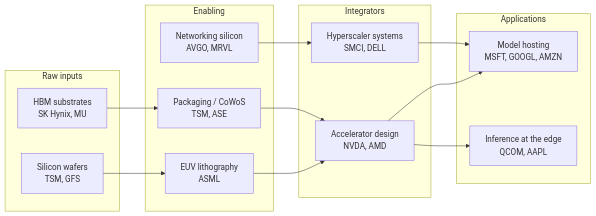
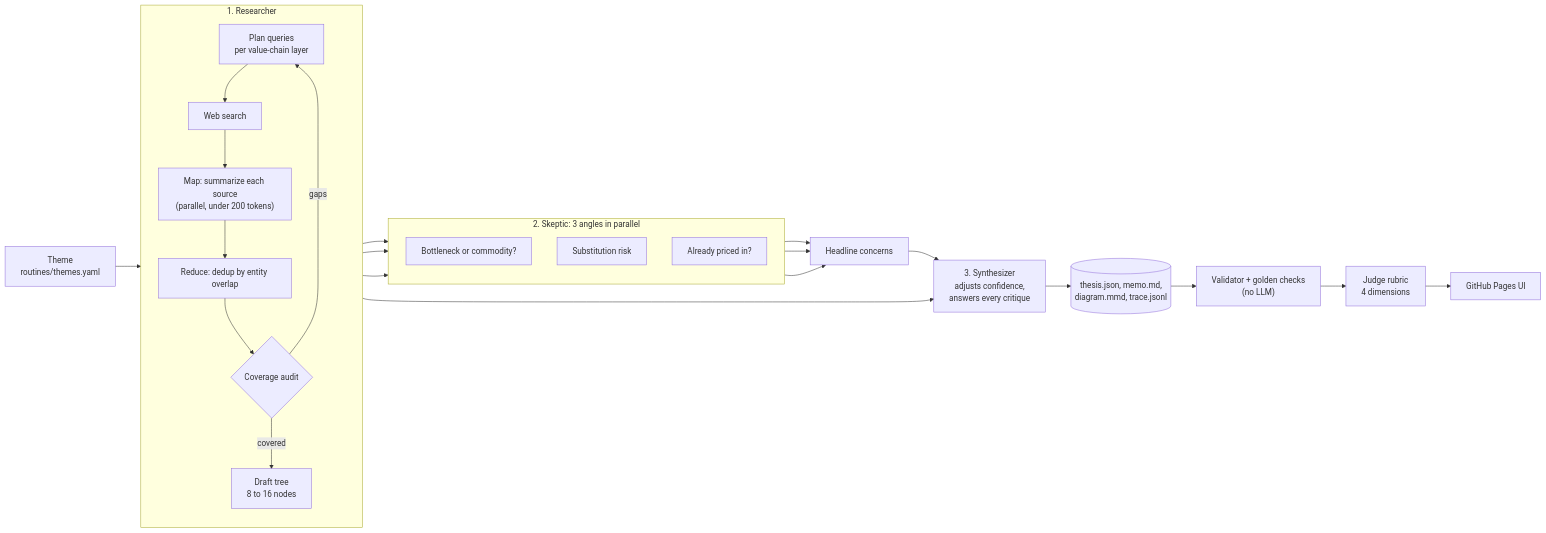
Before and after one commit to ankittalwar07/thesis-builder: the first of 2 diagrams in README.md, drawn with Mermaid. The commit also changed other lines of this file, not shown here.

````diff
--- a/README.md
+++ b/README.md
@@ -129,23 +11,30 @@
 ```mermaid
-graph LR
-    subgraph raw[Raw inputs]
-      r1["Silicon wafers<br/>TSM, GFS"]
-      r2["HBM substrates<br/>SK Hynix, MU"]
-    end
-    subgraph enabling[Enabling]
-      e1["EUV lithography<br/>ASML"]
-      e2["Packaging / CoWoS<br/>TSM, ASE"]
-      e3["Networking silicon<br/>AVGO, MRVL"]
-    end
-    subgraph integrators[Integrators]
-      i1["Accelerator design<br/>NVDA, AMD"]
-      i2["Hyperscaler systems<br/>SMCI, DELL"]
-    end
-    subgraph applications[Applications]
-      a1["Model hosting<br/>MSFT, GOOGL, AMZN"]
-      a2["Inference at the edge<br/>QCOM, AAPL"]
-    end
-    r1 --> e1 --> i1 --> a1
-    r2 --> e2 --> i1 --> a2
-    e3 --> i2 --> a1
+flowchart LR
+  T["Theme<br/>routines/themes.yaml"] --> P
+
+  subgraph R["1. Researcher"]
+    direction TB
+    P["Plan queries<br/>per value-chain layer"] --> S["Web search"]
+    S --> M["Map: summarize each source<br/>(parallel, under 200 tokens)"]
+    M --> RD["Reduce: dedup by entity overlap"]
+    RD --> C{"Coverage audit"}
+    C -- "gaps" --> P
+    C -- "covered" --> D["Draft tree<br/>8 to 16 nodes"]
+  end
+
+  subgraph K["2. Skeptic: 3 angles in parallel"]
+    direction TB
+    A1["Bottleneck or commodity?"]
+    A2["Substitution risk"]
+    A3["Already priced in?"]
+  end
+
+  D --> A1 & A2 & A3
+  A1 & A2 & A3 --> H["Headline concerns"]
+  D --> Y
+  H --> Y["3. Synthesizer<br/>adjusts confidence,<br/>answers every critique"]
+  Y --> O[("thesis.json, memo.md,<br/>diagram.mmd, trace.jsonl")]
+  O --> V["Validator + golden checks<br/>(no LLM)"]
+  V --> J["Judge rubric<br/>4 dimensions"]
+  J --> UI["GitHub Pages UI"]
 ```
````
